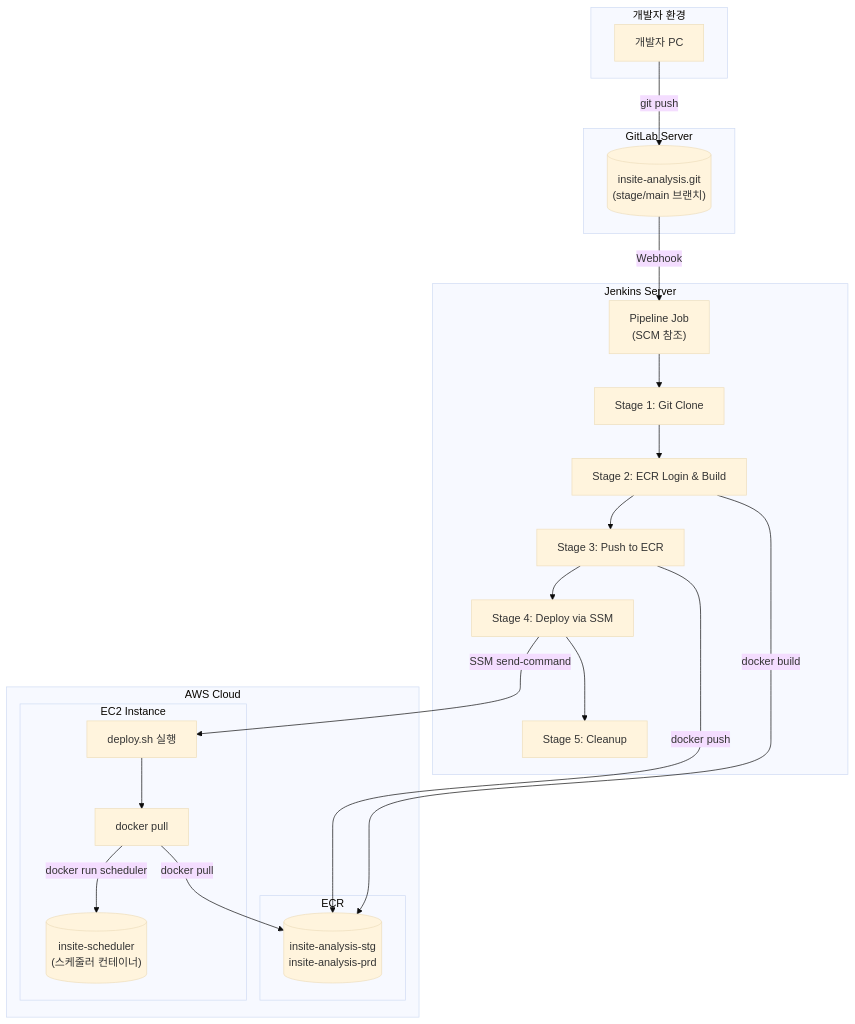
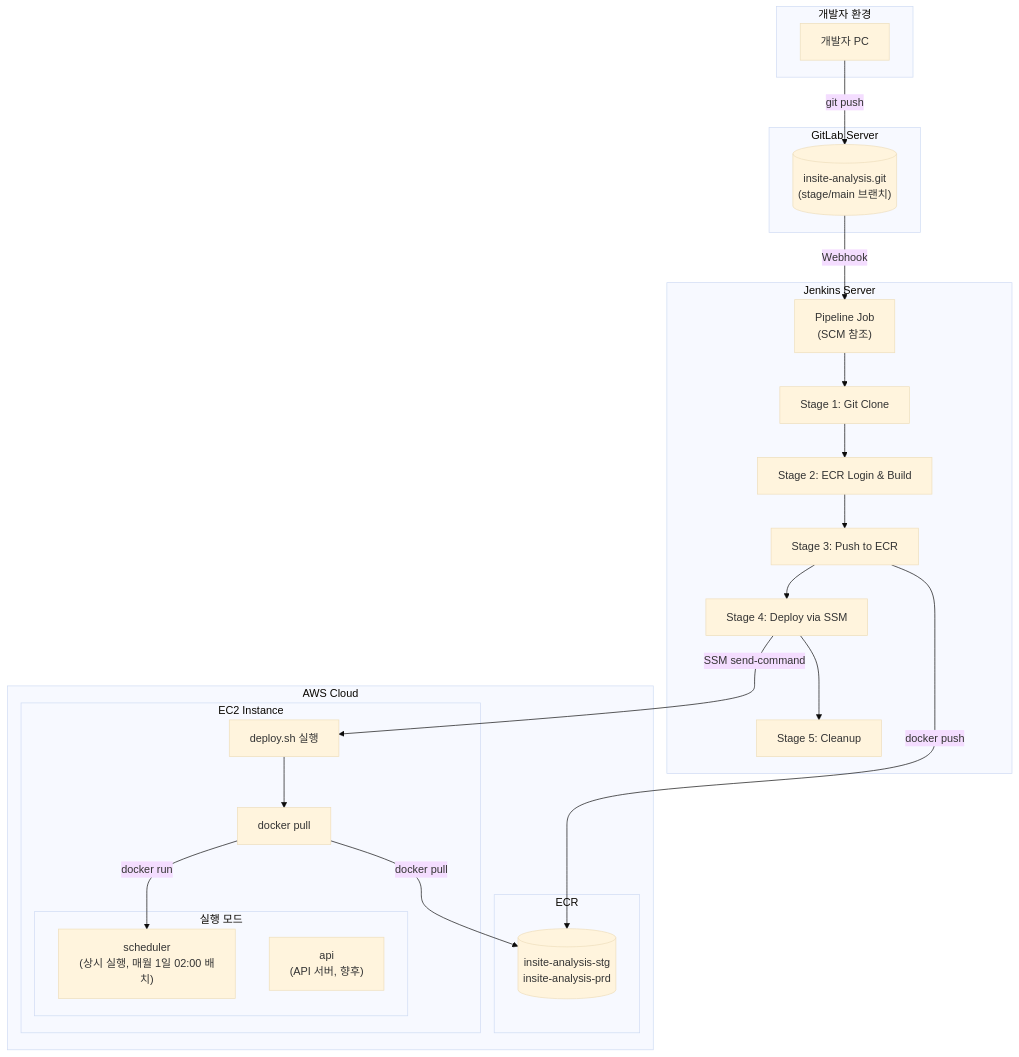
One commit to dasoldasol/dasoldasol.github.io changed the diagram in _posts/2026-01-30-cicd-python-ecr-ec2.md. Above: the diagram before and after it, drawn with Mermaid (base theme).

Commit message:
fix: 운영서버 CI/CD mermaid 다이어그램 수정 - docker build 화살표 삭제, api 모드 추가

````diff
--- a/_posts/2026-01-30-cicd-python-ecr-ec2.md
+++ b/_posts/2026-01-30-cicd-python-ecr-ec2.md
@@ -70,40 +70,42 @@
 ```mermaid
 flowchart TB
     subgraph DEV["개발자 환경"]
         A[개발자 PC]
     end
 
     subgraph GITLAB["GitLab Server"]
         B[("insite-analysis.git<br/>(stage/main 브랜치)")]
     end
 
     subgraph JENKINS["Jenkins Server"]
         C["Pipeline Job<br/>(SCM 참조)"]
         C1["Stage 1: Git Clone"]
         C2["Stage 2: ECR Login & Build"]
         C3["Stage 3: Push to ECR"]
         C4["Stage 4: Deploy via SSM"]
         C5["Stage 5: Cleanup"]
     end
 
     subgraph AWS["AWS Cloud"]
         subgraph ECR["ECR"]
             D[("insite-analysis-stg<br/>insite-analysis-prd")]
         end
         subgraph EC2["EC2 Instance"]
             E["deploy.sh 실행"]
             F["docker pull"]
-            G[("insite-scheduler<br/>(스케줄러 컨테이너)")]
+            subgraph MODES["실행 모드"]
+                G["scheduler<br/>(상시 실행, 매월 1일 02:00 배치)"]
+                H["api<br/>(API 서버, 향후)"]
+            end
         end
     end
 
     A -->|"git push"| B
     B -->|"Webhook"| C
     C --> C1 --> C2 --> C3 --> C4 --> C5
-    C2 -->|"docker build"| D
     C3 -->|"docker push"| D
     C4 -->|"SSM send-command"| E
     E --> F
     F -->|"docker pull"| D
-    F -->|"docker run scheduler"| G
+    F -->|"docker run"| G
 ```
````
